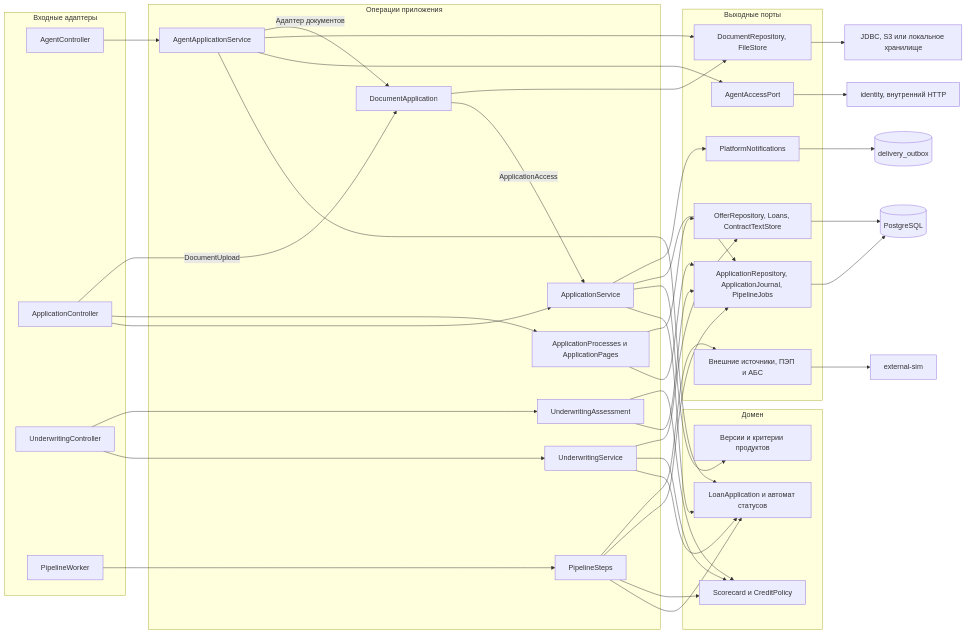
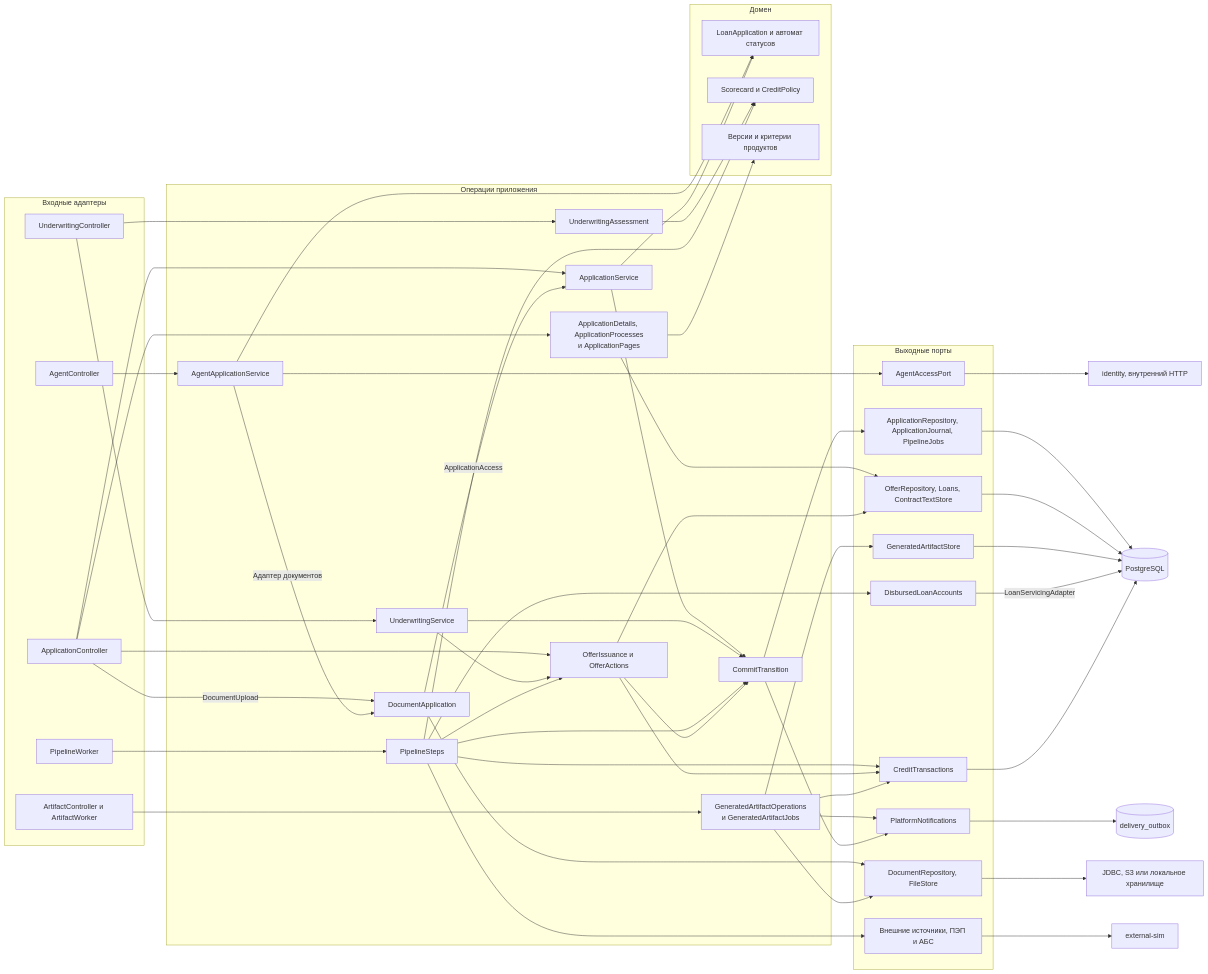
The third of 4 diagrams in docs/c4-architecture.md (AndrewSkrypov/smart-credit-cabinet), drawn with Mermaid before and after one commit. The commit also changed other lines of this file and 16 other files, not shown here.

Commit message:
Connect credit workflows through application ports

````diff
--- a/docs/c4-architecture.md
+++ b/docs/c4-architecture.md
@@ -68,51 +68,65 @@
 ```mermaid
 flowchart LR
   subgraph In["Входные адаптеры"]
     AgentHttp["AgentController"]
     ClientHttp["ApplicationController"]
     BankHttp["UnderwritingController"]
     Worker["PipelineWorker"]
+    ArtifactIn["ArtifactController и ArtifactWorker"]
   end
   subgraph Use["Операции приложения"]
     AgentUse["AgentApplicationService"]
     AppUse["ApplicationService"]
-    AppRead["ApplicationProcesses и ApplicationPages"]
+    AppRead["ApplicationDetails, ApplicationProcesses<br/>и ApplicationPages"]
     DocUse["DocumentApplication"]
+    ArtifactUse["GeneratedArtifactOperations<br/>и GeneratedArtifactJobs"]
     BankUse["UnderwritingService"]
     BankRead["UnderwritingAssessment"]
     Steps["PipelineSteps"]
+    OfferUse["OfferIssuance и OfferActions"]
+    Commit["CommitTransition"]
   end
   subgraph Domain["Домен"]
     State["LoanApplication и автомат статусов"]
     Risk["Scorecard и CreditPolicy"]
     Product["Версии и критерии продуктов"]
   end
   subgraph Port["Выходные порты"]
     Store["ApplicationRepository, ApplicationJournal, PipelineJobs"]
     Mandate["AgentAccessPort"]
     Doc["DocumentRepository, FileStore"]
+    ArtifactStore["GeneratedArtifactStore"]
     Offers["OfferRepository, Loans, ContractTextStore"]
+    Accounts["DisbursedLoanAccounts"]
+    Tx["CreditTransactions"]
     Source["Внешние источники, ПЭП и АБС"]
     Notices["PlatformNotifications"]
   end
   AgentHttp --> AgentUse
-  ClientHttp --> AppUse & AppRead
+  ClientHttp --> AppUse & AppRead & OfferUse
   ClientHttp -->|DocumentUpload| DocUse
   BankHttp --> BankUse & BankRead
   Worker --> Steps
-  AgentUse --> State & Mandate & Doc
+  ArtifactIn --> ArtifactUse
+  AgentUse --> State & Mandate
   AgentUse -->|Адаптер документов| DocUse
   DocUse -->|ApplicationAccess| AppUse
   DocUse --> Doc
-  AppUse --> State & Product & Store & Notices
-  AppRead --> Store & Offers
-  BankUse --> State & Risk & Offers
-  BankRead --> Store & Risk
-  Steps --> State & Risk & Store & Source
+  AppUse --> State & Commit
+  AppRead --> Product & Offers
+  BankUse --> OfferUse & Commit
+  BankRead --> Risk
+  Steps --> Risk & Source & OfferUse & Commit & Tx & Accounts
+  OfferUse --> Offers & Commit & Tx
+  ArtifactUse --> ArtifactStore & Doc & Notices & Tx
+  Commit --> Store & Notices
   Store --> Postgres[(PostgreSQL)]
   Mandate --> Identity["identity, внутренний HTTP"]
   Doc --> Files["JDBC, S3 или локальное хранилище"]
   Offers --> Postgres
+  ArtifactStore --> Postgres
+  Accounts -->|LoanServicingAdapter| Postgres
+  Tx --> Postgres
   Source --> Sim["external-sim"]
   Notices --> Outbox[(delivery_outbox)]
 ```
````
